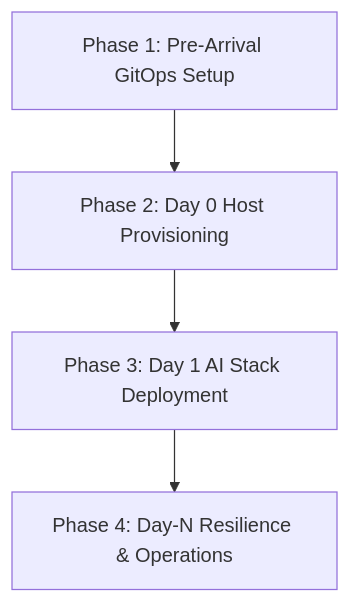
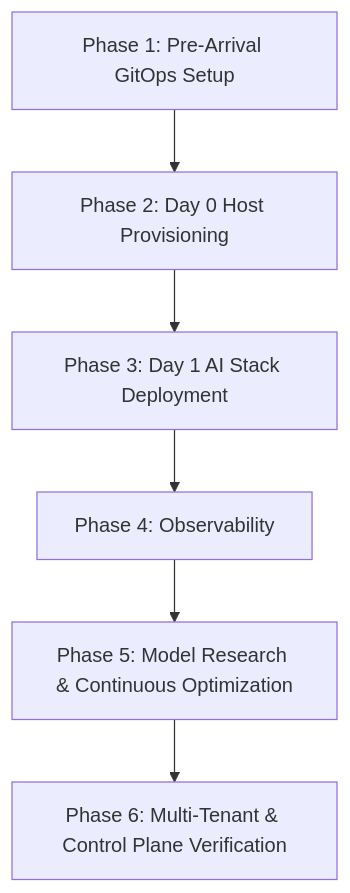
The second of 2 diagrams in README.md (chrisjohnson/local-ai-machine), drawn with Mermaid before and after one commit. The commit also changed other lines of this file, not shown here.

First line of the commit message:
Restructure roadmap: add Phase 5 (model research/optimization) and Phase 6 (control plane)

````diff
--- a/README.md
+++ b/README.md
@@ -996,6 +996,8 @@
 ```mermaid
 flowchart TD
     P1[Phase 1: Pre-Arrival GitOps Setup] --> P2[Phase 2: Day 0 Host Provisioning]
     P2 --> P3[Phase 3: Day 1 AI Stack Deployment]
-    P3 --> P4[Phase 4: Day-N Resilience & Operations]
+    P3 --> P4[Phase 4: Observability]
+    P4 --> P5[Phase 5: Model Research & Continuous Optimization]
+    P5 --> P6[Phase 6: Multi-Tenant & Control Plane Verification]
 ```
````
